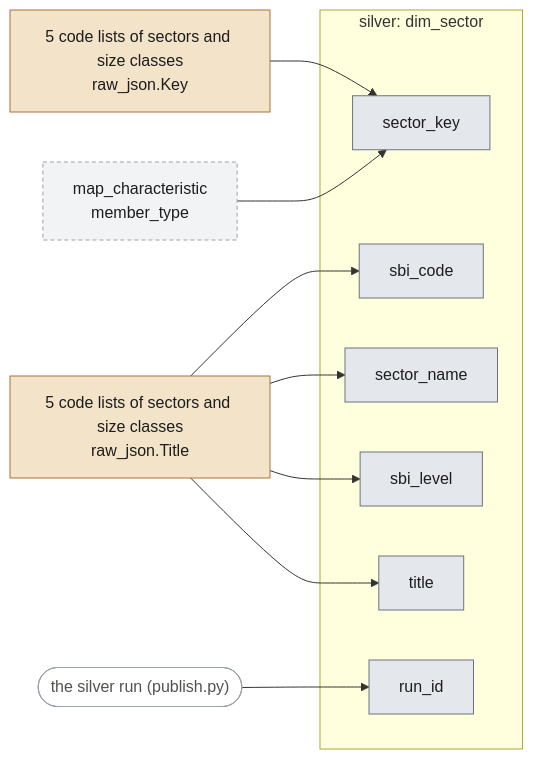
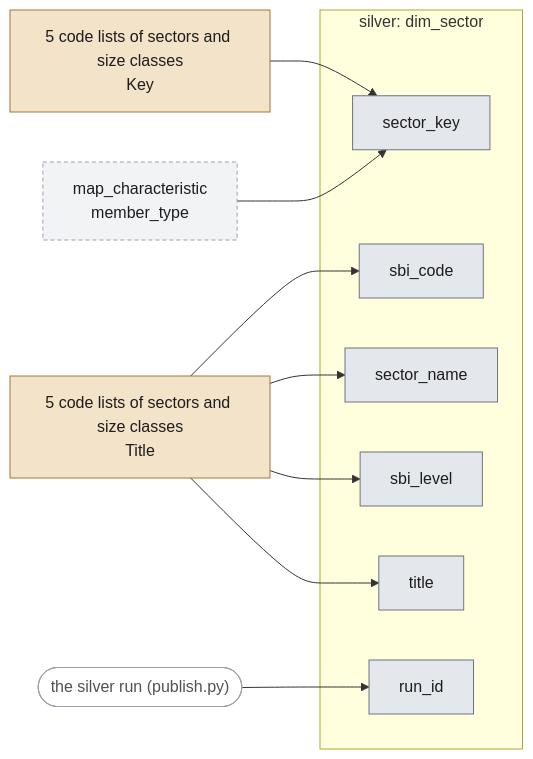
Before and after one commit to stefancodecommit/AOV_Lakehouse: the third of 13 diagrams in docs/lineage.md, drawn with Mermaid. The commit also changed other lines of this file and 12 other files, not shown here.

First line of the commit message:
Structured CBS bronze: a column per field next to raw_json

````diff
--- a/docs/lineage.md
+++ b/docs/lineage.md
@@ -166,26 +166,26 @@
 ```mermaid
 flowchart LR
-  n_src_80072ned_bedrijfskenmerkensbi2008_81589ned_bedrijfstakkenbranchessbi2008_81644ned_bedrijfstakkenbranchessbi2008_83130ned_bedrijfskenmerken_86009ned_bedrijfskenmerken_raw_json_Key["5 code lists of sectors and size classes<br/>raw_json.Key"]:::bronze
-  n_src_80072ned_bedrijfskenmerkensbi2008_81589ned_bedrijfstakkenbranchessbi2008_81644ned_bedrijfstakkenbranchessbi2008_83130ned_bedrijfskenmerken_86009ned_bedrijfskenmerken_raw_json_Title["5 code lists of sectors and size classes<br/>raw_json.Title"]:::bronze
+  n_src_80072ned_bedrijfskenmerkensbi2008_81589ned_bedrijfstakkenbranchessbi2008_81644ned_bedrijfstakkenbranchessbi2008_83130ned_bedrijfskenmerken_86009ned_bedrijfskenmerken_Key["5 code lists of sectors and size classes<br/>Key"]:::bronze
+  n_src_80072ned_bedrijfskenmerkensbi2008_81589ned_bedrijfstakkenbranchessbi2008_81644ned_bedrijfstakkenbranchessbi2008_83130ned_bedrijfskenmerken_86009ned_bedrijfskenmerken_Title["5 code lists of sectors and size classes<br/>Title"]:::bronze
   n_src_silver_map_characteristic_member_type["map_characteristic<br/>member_type"]:::silverref
   run(["the silver run (publish.py)"]):::run
   subgraph n_tbl_dim_sector["silver: dim_sector"]
     n_col_sector_key["sector_key"]:::silver
     n_col_sbi_code["sbi_code"]:::silver
     n_col_sector_name["sector_name"]:::silver
     n_col_sbi_level["sbi_level"]:::silver
     n_col_title["title"]:::silver
     n_col_run_id["run_id"]:::silver
   end
-  n_src_80072ned_bedrijfskenmerkensbi2008_81589ned_bedrijfstakkenbranchessbi2008_81644ned_bedrijfstakkenbranchessbi2008_83130ned_bedrijfskenmerken_86009ned_bedrijfskenmerken_raw_json_Key --> n_col_sector_key
+  n_src_80072ned_bedrijfskenmerkensbi2008_81589ned_bedrijfstakkenbranchessbi2008_81644ned_bedrijfstakkenbranchessbi2008_83130ned_bedrijfskenmerken_86009ned_bedrijfskenmerken_Key --> n_col_sector_key
   n_src_silver_map_characteristic_member_type --> n_col_sector_key
-  n_src_80072ned_bedrijfskenmerkensbi2008_81589ned_bedrijfstakkenbranchessbi2008_81644ned_bedrijfstakkenbranchessbi2008_83130ned_bedrijfskenmerken_86009ned_bedrijfskenmerken_raw_json_Title --> n_col_sbi_code
-  n_src_80072ned_bedrijfskenmerkensbi2008_81589ned_bedrijfstakkenbranchessbi2008_81644ned_bedrijfstakkenbranchessbi2008_83130ned_bedrijfskenmerken_86009ned_bedrijfskenmerken_raw_json_Title --> n_col_sector_name
-  n_src_80072ned_bedrijfskenmerkensbi2008_81589ned_bedrijfstakkenbranchessbi2008_81644ned_bedrijfstakkenbranchessbi2008_83130ned_bedrijfskenmerken_86009ned_bedrijfskenmerken_raw_json_Title --> n_col_sbi_level
-  n_src_80072ned_bedrijfskenmerkensbi2008_81589ned_bedrijfstakkenbranchessbi2008_81644ned_bedrijfstakkenbranchessbi2008_83130ned_bedrijfskenmerken_86009ned_bedrijfskenmerken_raw_json_Title --> n_col_title
+  n_src_80072ned_bedrijfskenmerkensbi2008_81589ned_bedrijfstakkenbranchessbi2008_81644ned_bedrijfstakkenbranchessbi2008_83130ned_bedrijfskenmerken_86009ned_bedrijfskenmerken_Title --> n_col_sbi_code
+  n_src_80072ned_bedrijfskenmerkensbi2008_81589ned_bedrijfstakkenbranchessbi2008_81644ned_bedrijfstakkenbranchessbi2008_83130ned_bedrijfskenmerken_86009ned_bedrijfskenmerken_Title --> n_col_sector_name
+  n_src_80072ned_bedrijfskenmerkensbi2008_81589ned_bedrijfstakkenbranchessbi2008_81644ned_bedrijfstakkenbranchessbi2008_83130ned_bedrijfskenmerken_86009ned_bedrijfskenmerken_Title --> n_col_sbi_level
+  n_src_80072ned_bedrijfskenmerkensbi2008_81589ned_bedrijfstakkenbranchessbi2008_81644ned_bedrijfstakkenbranchessbi2008_83130ned_bedrijfskenmerken_86009ned_bedrijfskenmerken_Title --> n_col_title
   run --> n_col_run_id
   classDef bronze fill:#f3e3c9,stroke:#a8743a,color:#1d1d1d
   classDef silver fill:#e4e7ec,stroke:#6b7480,color:#1d1d1d
   classDef silverref fill:#f2f3f5,stroke:#9aa1ab,stroke-dasharray:4 3,color:#1d1d1d
   classDef run fill:#ffffff,stroke:#9aa1ab,color:#52514e
 ```
````
